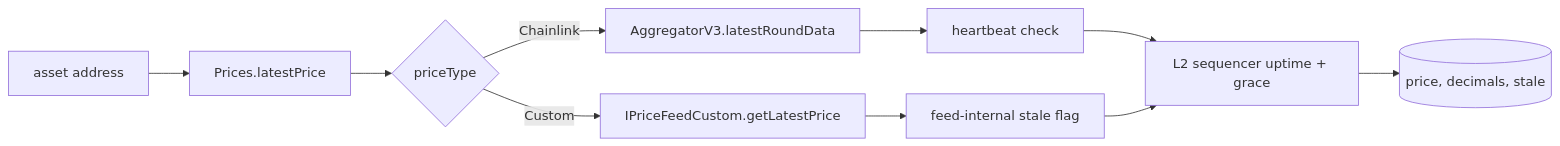
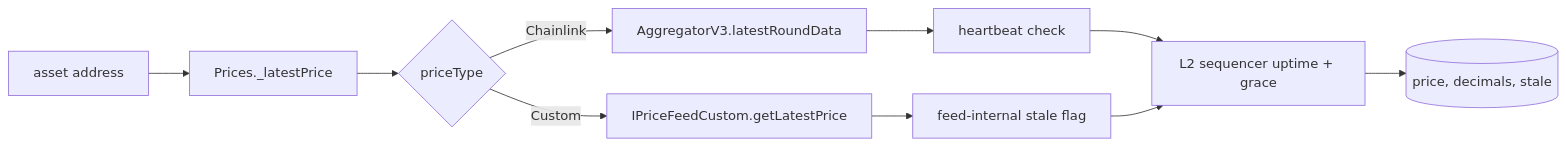
The diagram in docs/PRICE_ADAPTERS.md (karpatkey/onchain-accounting), drawn with Mermaid before and after one commit. The commit also changed other lines of this file and 11 other files, not shown here.

````diff
--- a/docs/PRICE_ADAPTERS.md
+++ b/docs/PRICE_ADAPTERS.md
@@ -22,12 +22,12 @@
 ```mermaid
 flowchart LR
-    A[asset address] --> P[Prices.latestPrice]
+    A[asset address] --> P[Prices._latestPrice]
     P --> C{priceType}
     C -->|Chainlink| CL[AggregatorV3.latestRoundData]
     C -->|Custom| IF[IPriceFeedCustom.getLatestPrice]
     CL --> SH[heartbeat check]
     IF --> SI[feed-internal stale flag]
     SH --> SQ[L2 sequencer uptime + grace]
     SI --> SQ
     SQ --> R[(price, decimals, stale)]
 ```
````
